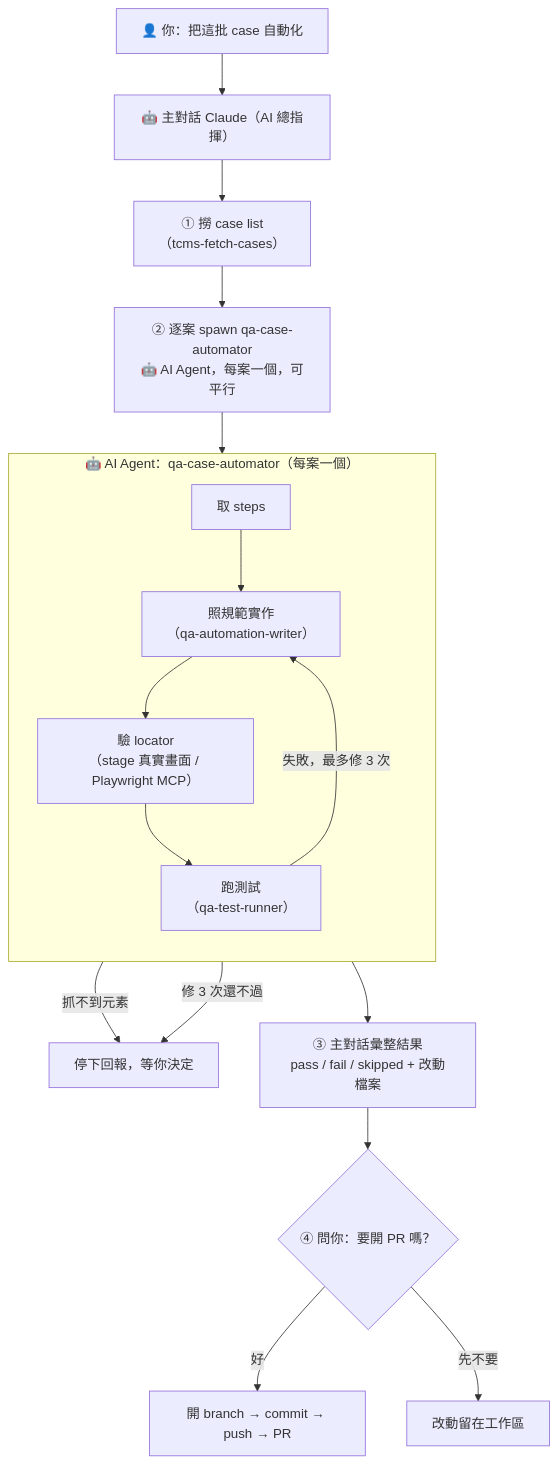
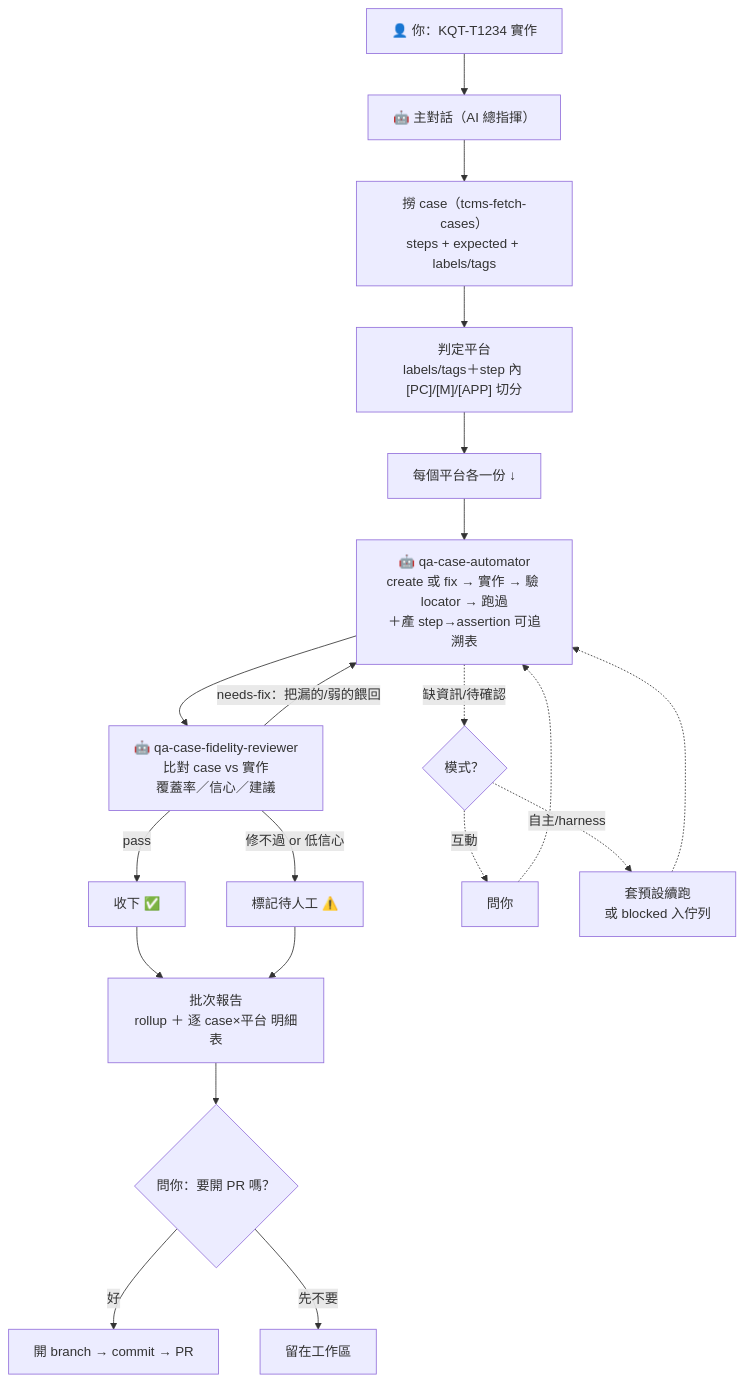
The diagram in docs/how-to-automate-tcms-cases.md (kkday-it/kkday-qa-skills), drawn with Mermaid before and after one commit. The commit also changed other lines of this file, not shown here.

First line of the commit message:
docs: update automate-tcms-cases guide for the fidelity closed loop

````diff
--- a/docs/how-to-automate-tcms-cases.md
+++ b/docs/how-to-automate-tcms-cases.md
@@ -49,22 +42,23 @@
 ```mermaid
 flowchart TD
-    A["👤 你：把這批 case 自動化"] --> B["🤖 主對話 Claude（AI 總指揮）"]
-    B --> C["① 撈 case list<br/>（tcms-fetch-cases）"]
-    C --> D["② 逐案 spawn qa-case-automator<br/>🤖 AI Agent，每案一個，可平行"]
+    A["👤 你：KQT-T1234 實作"] --> B["🤖 主對話（AI 總指揮）"]
+    B --> C["撈 case（tcms-fetch-cases）<br/>steps + expected + labels/tags"]
+    C --> P["判定平台<br/>labels/tags＋step 內 [PC]/[M]/[APP] 切分"]
+    P --> D["每個平台各一份 ↓"]
 
-    subgraph W["🤖 AI Agent：qa-case-automator（每案一個）"]
-        direction TB
-        E["取 steps"] --> F["照規範實作<br/>（qa-automation-writer）"]
-        F --> G["驗 locator<br/>（stage 真實畫面 / Playwright MCP）"]
-        G --> H["跑測試<br/>（qa-test-runner）"]
-        H -->|"失敗，最多修 3 次"| F
-    end
+    D --> E["🤖 qa-case-automator<br/>create 或 fix → 實作 → 驗 locator → 跑過<br/>＋產 step→assertion 可追溯表"]
+    E --> F["🤖 qa-case-fidelity-reviewer<br/>比對 case vs 實作<br/>覆蓋率／信心／建議"]
+    F -->|"needs-fix：把漏的/弱的餵回"| E
+    F -->|"pass"| G["收下 ✅"]
+    F -->|"修不過 or 低信心"| H["標記待人工 ⚠️"]
 
-    D --> E
-    G -->|"抓不到元素"| STOP["停下回報，等你決定"]
-    H -->|"修 3 次還不過"| STOP
-    H --> I["③ 主對話彙整結果<br/>pass / fail / skipped + 改動檔案"]
-    I --> J{"④ 問你：要開 PR 嗎？"}
-    J -->|"好"| K["開 branch → commit → push → PR"]
-    J -->|"先不要"| L["改動留在工作區"]
+    E -.->|"缺資訊/待確認"| M{"模式？"}
+    M -.->|"互動"| Q["問你"] -.-> E
+    M -.->|"自主/harness"| N["套預設續跑<br/>或 blocked 入佇列"] -.-> E
+
+    G --> R["批次報告<br/>rollup ＋ 逐 case×平台 明細表"]
+    H --> R
+    R --> S{"問你：要開 PR 嗎？"}
+    S -->|"好"| T["開 branch → commit → PR"]
+    S -->|"先不要"| L["留在工作區"]
 ```
````
